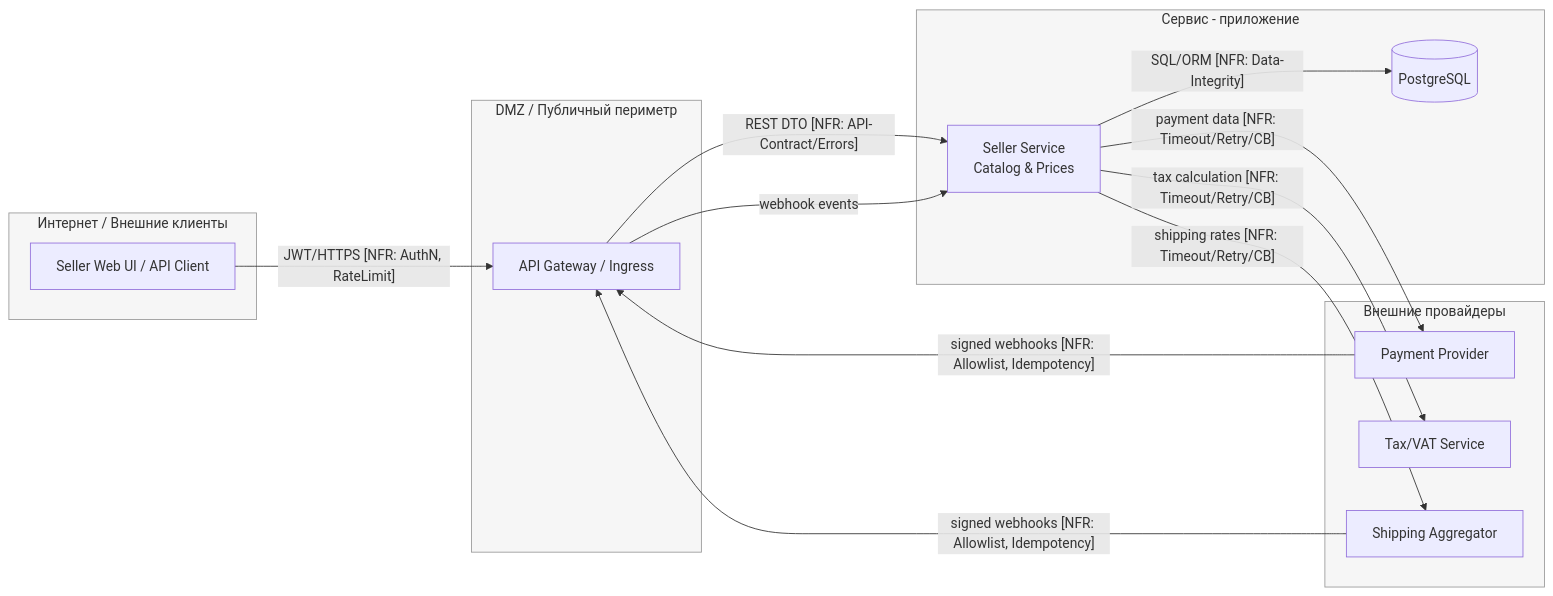
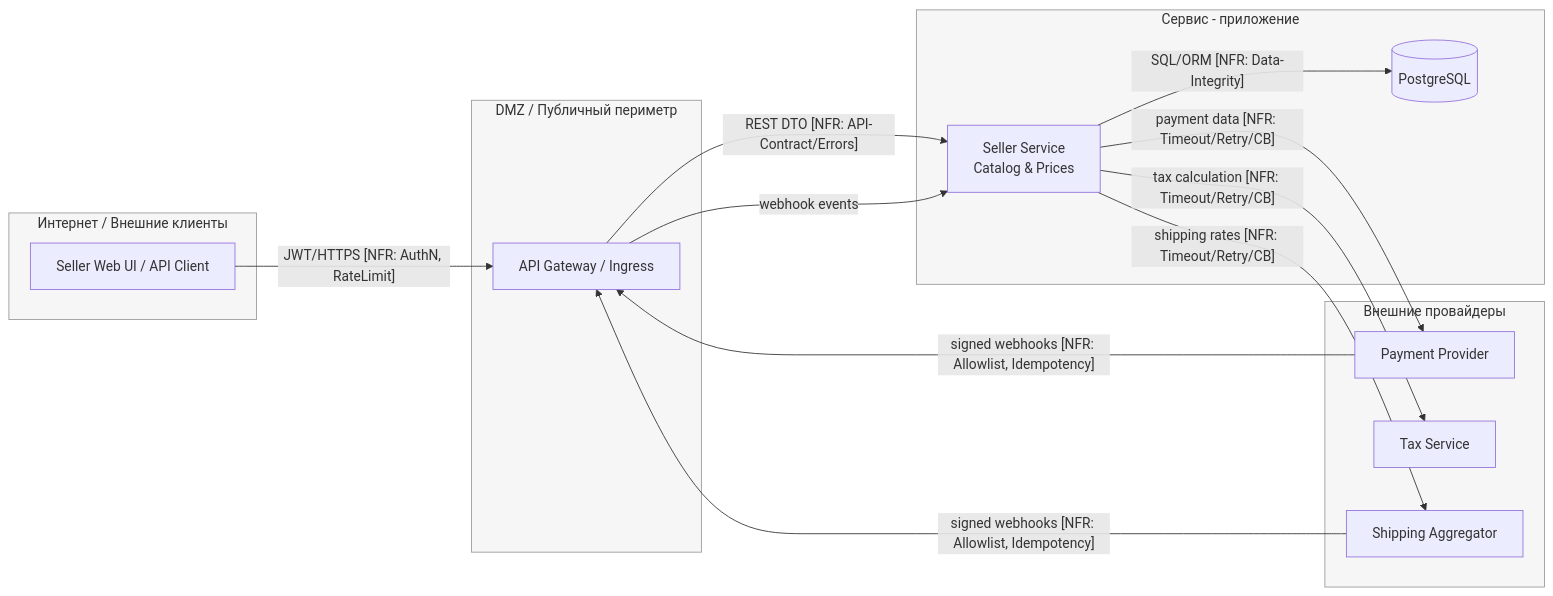
One commit to TVI-ARTEM/secdev-lite-repo changed the diagram in GRADING/TM.md. Above: the diagram before and after it, drawn with Mermaid.

````diff
--- a/GRADING/TM.md
+++ b/GRADING/TM.md
@@ -28,41 +28,41 @@
 ```mermaid
 flowchart LR
   %% --- Trust boundaries ---
   subgraph Internet[Интернет / Внешние клиенты]
     U[Seller Web UI / API Client]
   end
 
   subgraph DMZ[DMZ / Публичный периметр]
     A[API Gateway / Ingress]
   end
 
   subgraph Service[Сервис - приложение]
     S[Seller Service<br/>Catalog & Prices]
     D[(PostgreSQL)]
   end
 
   subgraph External[Внешние провайдеры]
     PSP[Payment Provider]
-    TAX[Tax/VAT Service]
+    TAX[Tax Service]
     SHP[Shipping Aggregator]
   end
 
   %% --- Основные потоки ---
   U -- "JWT/HTTPS [NFR: AuthN, RateLimit]" --> A
   A -->|"REST DTO [NFR: API-Contract/Errors]"| S
   S -->|"SQL/ORM [NFR: Data-Integrity]"| D
   S -->|"payment data [NFR: Timeout/Retry/CB]"| PSP
   S -->|"tax calculation [NFR: Timeout/Retry/CB]"| TAX
   S -->|"shipping rates [NFR: Timeout/Retry/CB]"| SHP
 
   %% --- Webhooks обратно ---
   PSP -- "signed webhooks [NFR: Allowlist, Idempotency]" --> A
   SHP -- "signed webhooks [NFR: Allowlist, Idempotency]" --> A
   A -->|"webhook events"| S
 
   %% --- Границы оформления ---
   classDef boundary fill:#f6f6f6,stroke:#999,stroke-width:1px;
   class Internet,DMZ,Service,External boundary;
 
 
 ```
````
